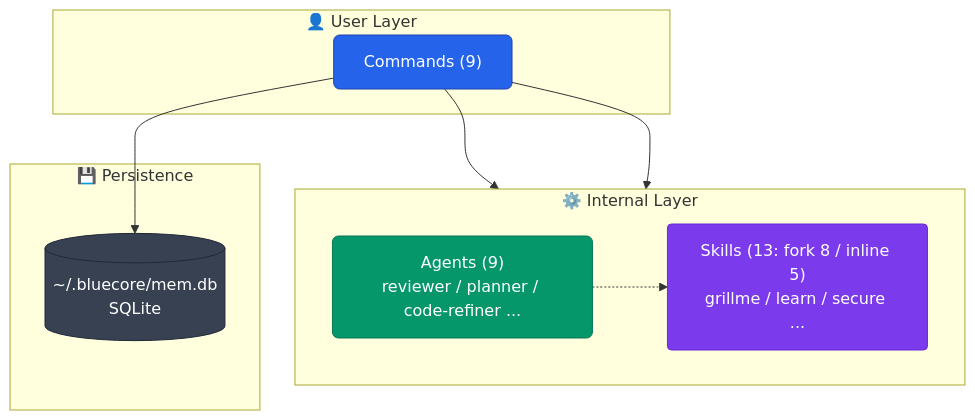
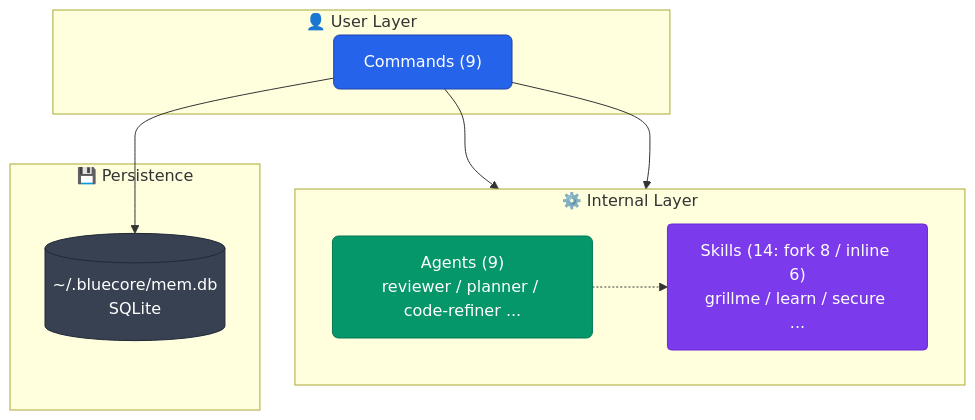
Before and after one commit to aokumablue/claq: diagram 12 of 12 in README.md, drawn with Mermaid. The commit also changed 1 other file, not shown here.

Commit message:
feat(skills): インストール済みビルドの実起動検証スキル release-verify を追加する
既存の maintain は定義ファイルの drift・validator・harness_audit スコアが対象で、
「インストール済みビルドを実際に呼ぶ」経路を持たない。この空白は実害として
現れている — 本ブランチで定義レベルの検査が 1 件も出さなかった欠陥が、実起動で
複数見つかった:

- 引き継ぎ 3 件がすべてハーネス足場で埋まり実依頼が消えていた
- block_no_verify の 3 経路バイパスが exit 0 で素通り（harness_audit の
  Security Guardrails は満点のまま。存在は測るが実効性を測らないため）
- list 形状 tool_input が全フックで素通り（dict 形状のテストだけ緑だった）
- `context: fork` の skill が答えの返らない質問を投げていた

スキルの中核は、実起動で上がった指摘を「修正」と「根拠付き NO-FIX」へ裁定する
メタ認知ゲート。承認ゲートを持つため `context: fork` は付けない（fork は
ゲートを持てない。上記 4 点目がその実例）。

未起動を「異常なし」と読み替えない規則を終了条件と出力テンプレの両方に固定した
（ADR-0014「skip されるゲートはゲートとして機能しない」）。`--scope` による
部分実行でもスコープ外は未実施として計上し Gate: BLOCKED になる — 部分実行は
調査の絞り込みでありリリース可否の判定ではない。

README のスキル数を 13 → 14（inline 5 → 6）へ更新（test_md_references の
実体突合が落ちるため）。

Claude-Session: https://claude.ai/code/session_01Kw2mo14wdpgGDn2n196mJw

````diff
--- a/README.md
+++ b/README.md
@@ -520,26 +520,26 @@
 ```mermaid
 flowchart TB
   classDef cmd    fill:#2563eb,stroke:#1e40af,color:#fff,rx:6
   classDef agent  fill:#059669,stroke:#047857,color:#fff,rx:6
   classDef skill  fill:#7c3aed,stroke:#6d28d9,color:#fff,rx:4
   classDef store  fill:#374151,stroke:#1f2937,color:#fff,rx:4
 
   subgraph user["👤 User Layer"]
     CMD["Commands (9)"]:::cmd
   end
 
   subgraph internal["⚙️ Internal Layer"]
     direction LR
     AGT["Agents (9)<br/>reviewer / planner / code-refiner ..."]:::agent
-    SKL["Skills (13: fork 8 / inline 5)<br/>grillme / learn / secure ..."]:::skill
+    SKL["Skills (14: fork 8 / inline 6)<br/>grillme / learn / secure ..."]:::skill
   end
 
   subgraph persistence["💾 Persistence"]
     DB[("~/.bluecore/mem.db<br/>SQLite")]:::store
   end
 
   CMD --> AGT
   CMD --> SKL
   AGT -.-> SKL
   CMD --> DB
 ```
````
